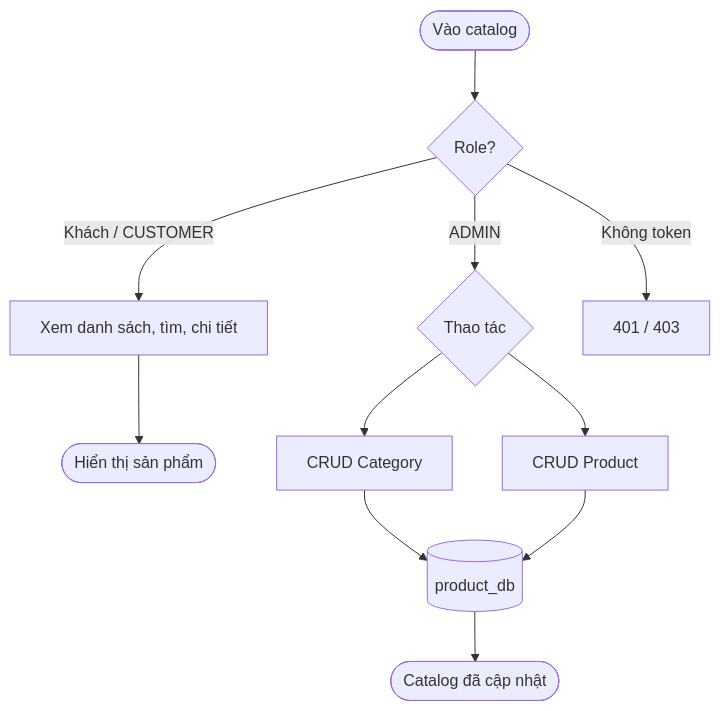
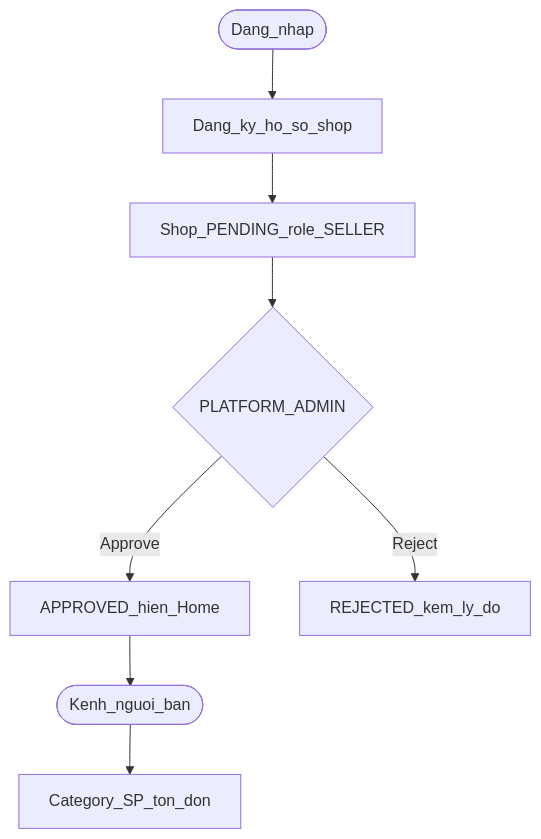
The third of 16 diagrams in BAO-CAO-DO-AN.md (trinhvanhai1994/GTVT_ecommerce), drawn with Mermaid before and after one commit. The commit also changed other lines of this file and 99 other files, not shown here.

````diff
--- a/BAO-CAO-DO-AN.md
+++ b/BAO-CAO-DO-AN.md
@@ -192,13 +201,10 @@
 ```mermaid
 flowchart TD
-  A([Vào catalog]) --> B{Role?}
-  B -->|Khách / CUSTOMER| C[Xem danh sách, tìm, chi tiết]
-  C --> D([Hiển thị sản phẩm])
-  B -->|ADMIN| E{Thao tác}
-  E --> F[CRUD Category]
-  E --> G[CRUD Product]
-  F --> H[(product_db)]
-  G --> H
-  H --> I([Catalog đã cập nhật])
-  B -->|Không token| J[401 / 403]
+  login([Dang_nhap]) --> reg[Dang_ky_ho_so_shop]
+  reg --> pending[Shop_PENDING_role_SELLER]
+  pending --> admin{PLATFORM_ADMIN}
+  admin -->|Approve| approved[APPROVED_hien_Home]
+  admin -->|Reject| rejected[REJECTED_kem_ly_do]
+  approved --> seller([Kenh_nguoi_ban])
+  seller --> manage[Category_SP_ton_don]
 ```
````
